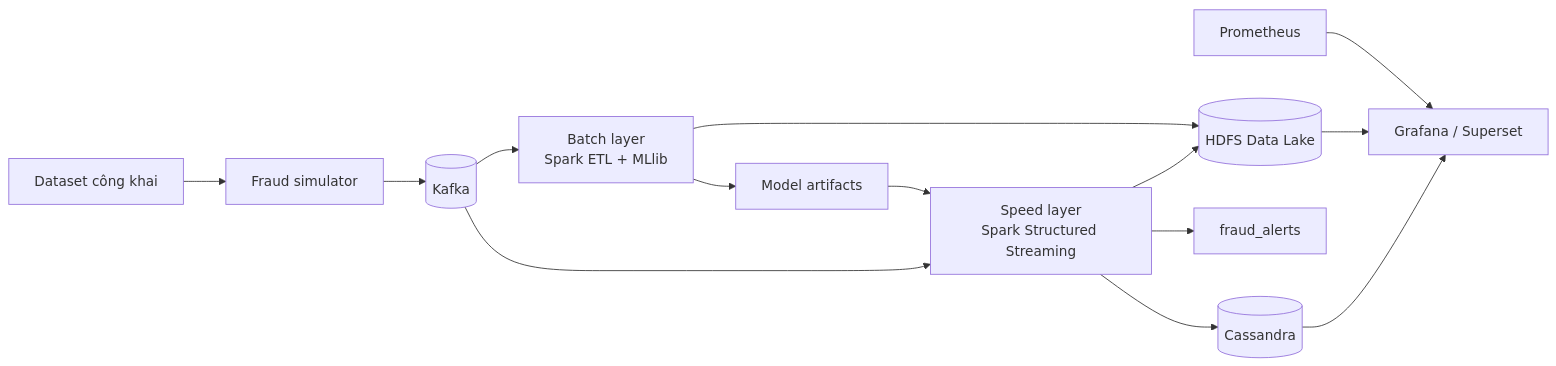
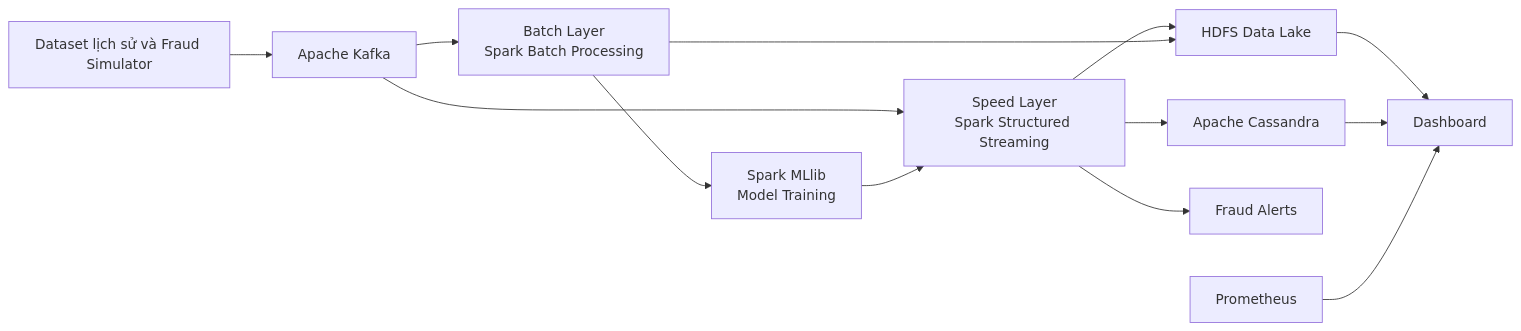
The diagram in README.md (hieunguyen-cyber/BigData_Project), drawn with Mermaid before and after one commit. The commit also changed other lines of this file, not shown here.

````diff
--- a/README.md
+++ b/README.md
@@ -91,16 +56,15 @@
 ```mermaid
 flowchart LR
-    A[Dataset công khai] --> B[Fraud simulator]
-    B --> C[(Kafka)]
-    C --> D[Speed layer<br/>Spark Structured Streaming]
-    C --> E[Batch layer<br/>Spark ETL + MLlib]
-    D --> F[(HDFS Data Lake)]
-    E --> F
-    E --> G[Model artifacts]
-    G --> D
-    D --> H[(Cassandra)]
-    D --> I[fraud_alerts]
-    H --> J[Grafana / Superset]
-    F --> J
-    K[Prometheus] --> J
+    A[Dataset lịch sử và Fraud Simulator] --> B[Apache Kafka]
+    B --> C[Speed Layer<br/>Spark Structured Streaming]
+    B --> D[Batch Layer<br/>Spark Batch Processing]
+    C --> E[HDFS Data Lake]
+    D --> E
+    D --> F[Spark MLlib<br/>Model Training]
+    F --> C
+    C --> G[Apache Cassandra]
+    C --> H[Fraud Alerts]
+    E --> I[Dashboard]
+    G --> I
+    J[Prometheus] --> I
 ```
````
